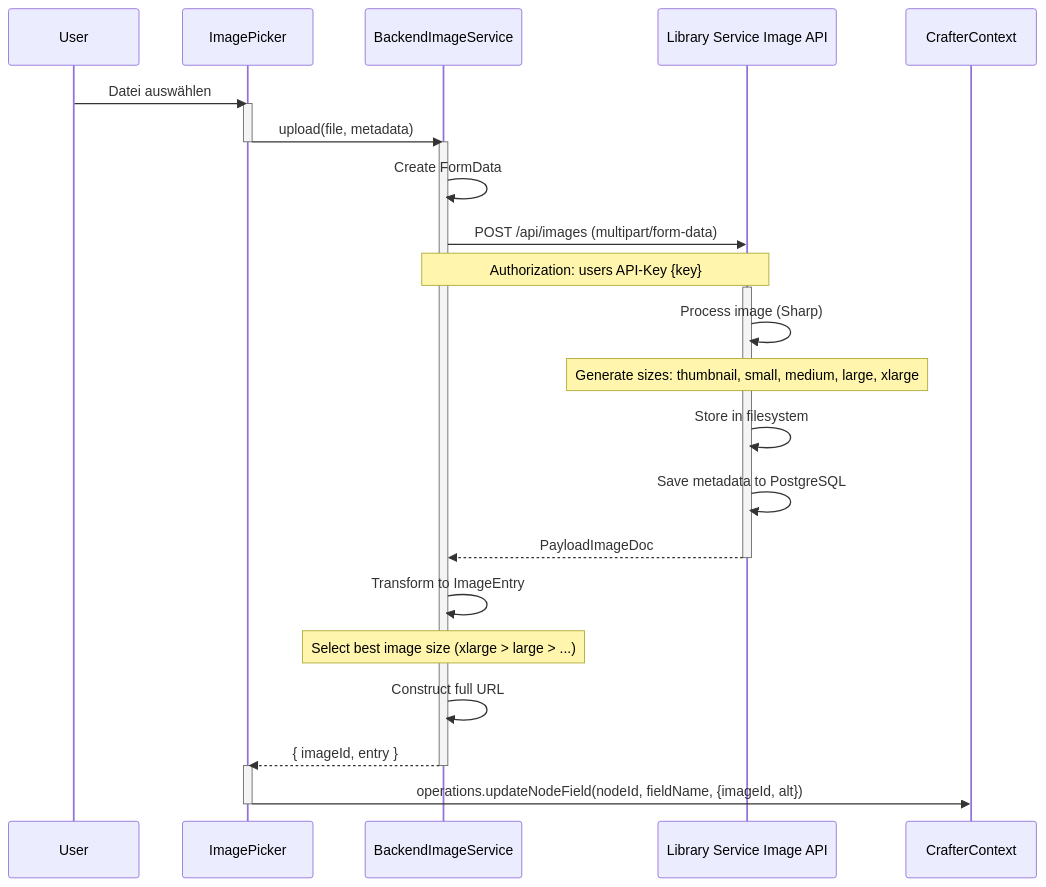
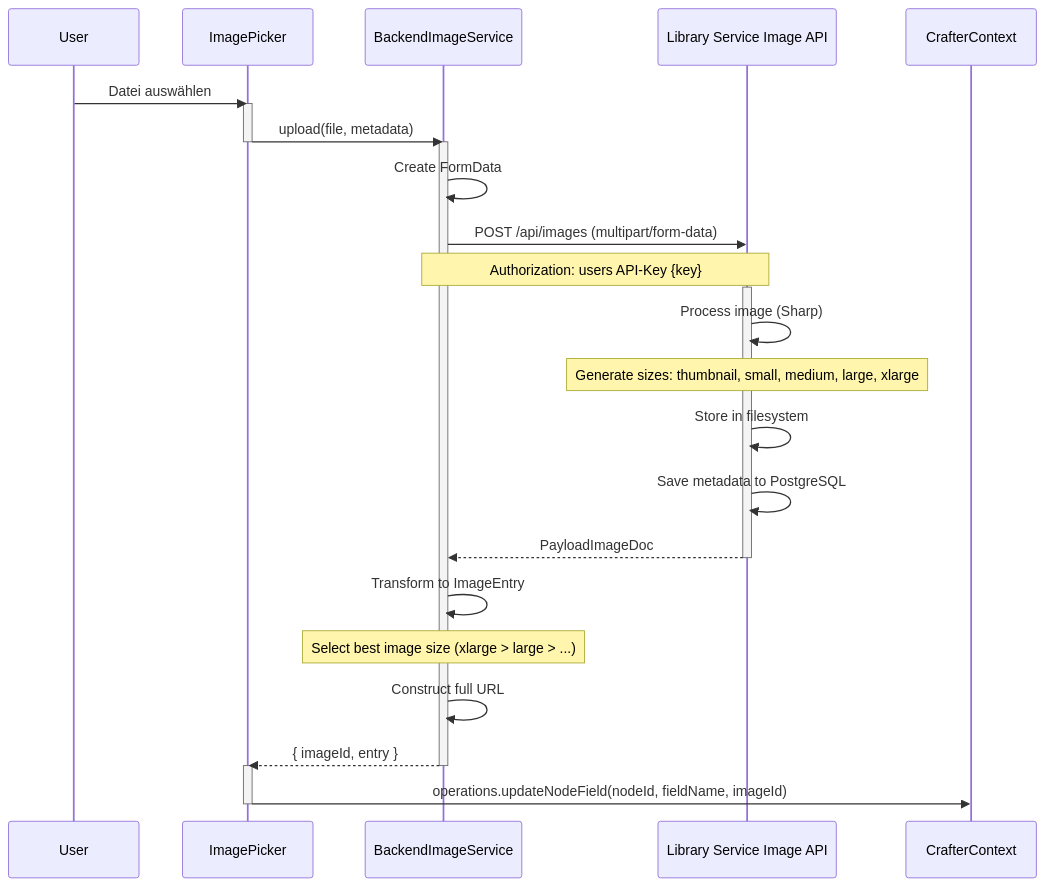
The eighth of 13 diagrams in apps/docs/src/arc42/06-runtime-view.md (mainzcript/ujl), drawn with Mermaid before and after one commit. The commit also changed other lines of this file and 10 other files, not shown here.

Commit message:
refactor: update architecture documentation to clarify UJL's structure, including detailed descriptions of content and design separation, image storage strategies, and the role of the Crafter in editor workflows, while enhancing overall clarity and consistency across sections

````diff
--- a/apps/docs/src/arc42/06-runtime-view.md
+++ b/apps/docs/src/arc42/06-runtime-view.md
@@ -739,37 +703,37 @@
 ```mermaid
 sequenceDiagram
     participant User as User
     participant Picker as ImagePicker
     participant Service as BackendImageService
     participant API as Library Service Image API
     participant Context as CrafterContext
 
     User->>Picker: Datei auswählen
     activate Picker
     Picker->>Service: upload(file, metadata)
     deactivate Picker
 
     activate Service
     Service->>Service: Create FormData
     Service->>API: POST /api/images (multipart/form-data)
     Note over Service,API: Authorization: users API-Key {key}
 
     activate API
     API->>API: Process image (Sharp)
     Note over API: Generate sizes: thumbnail, small, medium, large, xlarge
     API->>API: Store in filesystem
     API->>API: Save metadata to PostgreSQL
     API-->>Service: PayloadImageDoc
     deactivate API
 
     Service->>Service: Transform to ImageEntry
     Note over Service: Select best image size (xlarge > large > ...)
     Service->>Service: Construct full URL
 
     Service-->>Picker: { imageId, entry }
     deactivate Service
 
     activate Picker
-    Picker->>Context: operations.updateNodeField(nodeId, fieldName, {imageId, alt})
+    Picker->>Context: operations.updateNodeField(nodeId, fieldName, imageId)
     deactivate Picker
 ```
````
